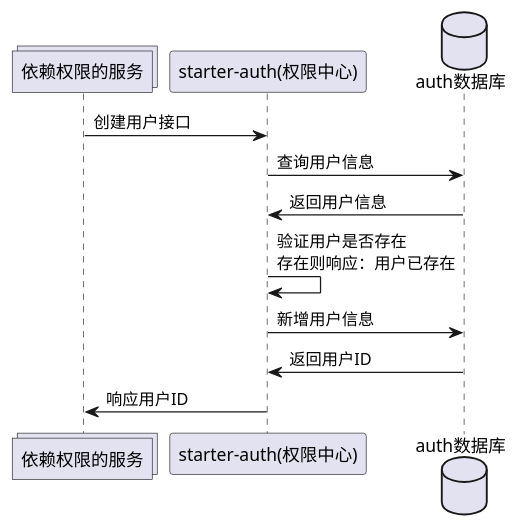
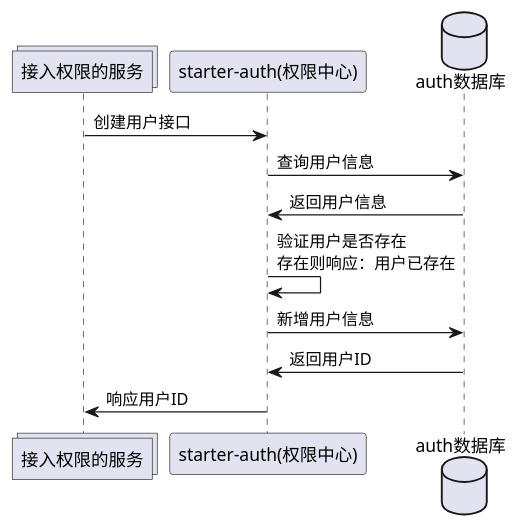
One commit to zhanjunjie2019/clover changed the diagram in starter-auth/docs/puml/user_create.puml. Above: the diagram before and after it, drawn with PlantUML. The commit also changed 5 other files, not shown here.

Commit message:
doc:更新时序图

```diff
--- a/starter-auth/docs/puml/user_create.puml
+++ b/starter-auth/docs/puml/user_create.puml
@@ -1,29 +1,29 @@
 @startuml
 
-collections "依赖权限的服务"
+collections "接入权限的服务"
 participant "starter-auth(权限中心)"
 database "auth数据库"
 
-"依赖权限的服务" -> "starter-auth(权限中心)" : \
+"接入权限的服务" -> "starter-auth(权限中心)" : \
 创建用户接口
 
 "starter-auth(权限中心)" -> "auth数据库" : \
 查询用户信息
 
 "starter-auth(权限中心)" <- "auth数据库" : \
 返回用户信息
 
 "starter-auth(权限中心)" -> "starter-auth(权限中心)" : \
 验证用户是否存在\n\
 存在则响应：用户已存在
 
 "starter-auth(权限中心)" -> "auth数据库" : \
 新增用户信息
 
 "starter-auth(权限中心)" <- "auth数据库" : \
 返回用户ID
 
-"依赖权限的服务" <- "starter-auth(权限中心)" : \
+"接入权限的服务" <- "starter-auth(权限中心)" : \
 响应用户ID
 
 @enduml
```
